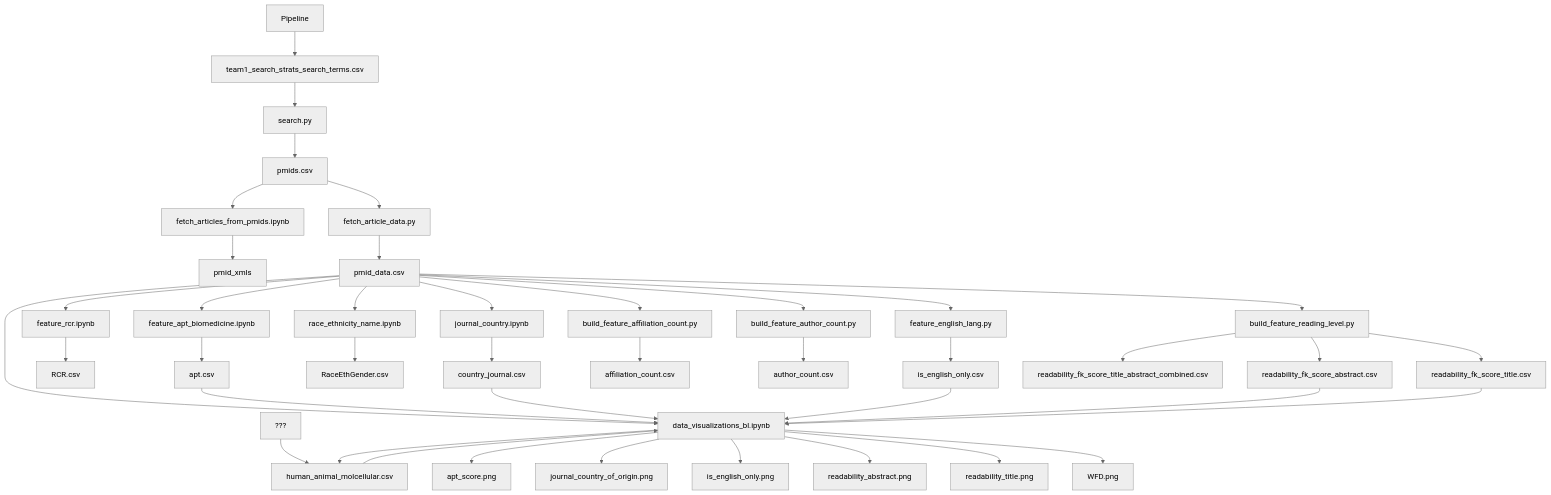
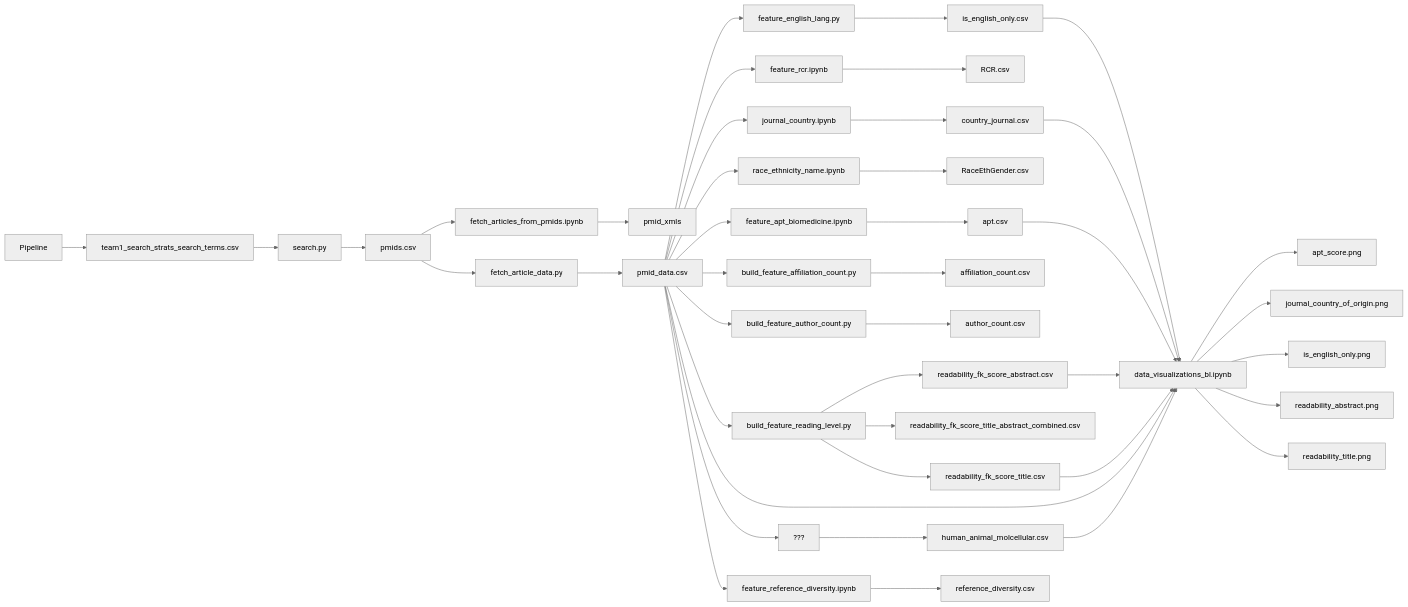
Before and after one commit to NCBI-Codeathons/pubmed-codeathon-team1: the diagram in README.md, drawn with Mermaid (neutral theme).

Commit message:
switching pipeline to left to right from top down

````diff
--- a/README.md
+++ b/README.md
@@ -60,43 +60,44 @@
 ```mermaid
-    graph TD;
+    graph LR;
         Pipeline-->team1_search_strats_search_terms.csv;
         team1_search_strats_search_terms.csv-->search.py
         search.py-->pmids.csv
         pmids.csv-->fetch_articles_from_pmids.ipynb
         fetch_articles_from_pmids.ipynb-->pmid_xmls
         pmids.csv-->fetch_article_data.py
         fetch_article_data.py-->pmid_data.csv
         pmid_data.csv-->feature_english_lang.py
         feature_english_lang.py-->is_english_only.csv
         pmid_data.csv-->feature_rcr.ipynb
         feature_rcr.ipynb-->RCR.csv
         pmid_data.csv-->journal_country.ipynb
         journal_country.ipynb-->country_journal.csv
         pmid_data.csv-->race_ethnicity_name.ipynb
         race_ethnicity_name.ipynb-->RaceEthGender.csv
         pmid_data.csv-->feature_apt_biomedicine.ipynb
         feature_apt_biomedicine.ipynb-->apt.csv
         pmid_data.csv-->build_feature_affiliation_count.py
         build_feature_affiliation_count.py-->affiliation_count.csv
         pmid_data.csv-->build_feature_author_count.py
         build_feature_author_count.py-->author_count.csv
         pmid_data.csv-->build_feature_reading_level.py
         build_feature_reading_level.py-->readability_fk_score_abstract.csv
         build_feature_reading_level.py-->readability_fk_score_title_abstract_combined.csv
         build_feature_reading_level.py-->readability_fk_score_title.csv
         pmid_data.csv-->data_visualizations_bl.ipynb
         apt.csv-->data_visualizations_bl.ipynb
+        pmid_data.csv-->???
         ???-->human_animal_molcellular.csv
-        data_visualizations_bl.ipynb-->human_animal_molcellular.csv
         data_visualizations_bl.ipynb-->apt_score.png
         country_journal.csv-->data_visualizations_bl.ipynb
         data_visualizations_bl.ipynb-->journal_country_of_origin.png
         is_english_only.csv-->data_visualizations_bl.ipynb
         data_visualizations_bl.ipynb-->is_english_only.png
         human_animal_molcellular.csv-->data_visualizations_bl.ipynb
         readability_fk_score_abstract.csv-->data_visualizations_bl.ipynb
         data_visualizations_bl.ipynb-->readability_abstract.png
         readability_fk_score_title.csv-->data_visualizations_bl.ipynb
         data_visualizations_bl.ipynb-->readability_title.png
-        data_visualizations_bl.ipynb-->WFD.png
+        pmid_data.csv-->feature_reference_diversity.ipynb
+        feature_reference_diversity.ipynb-->reference_diversity.csv
 ```
````
